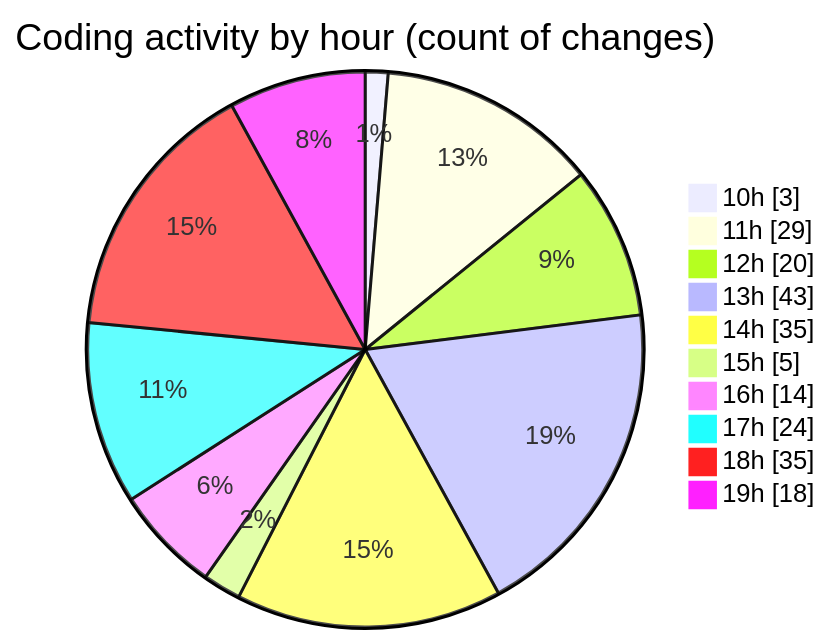
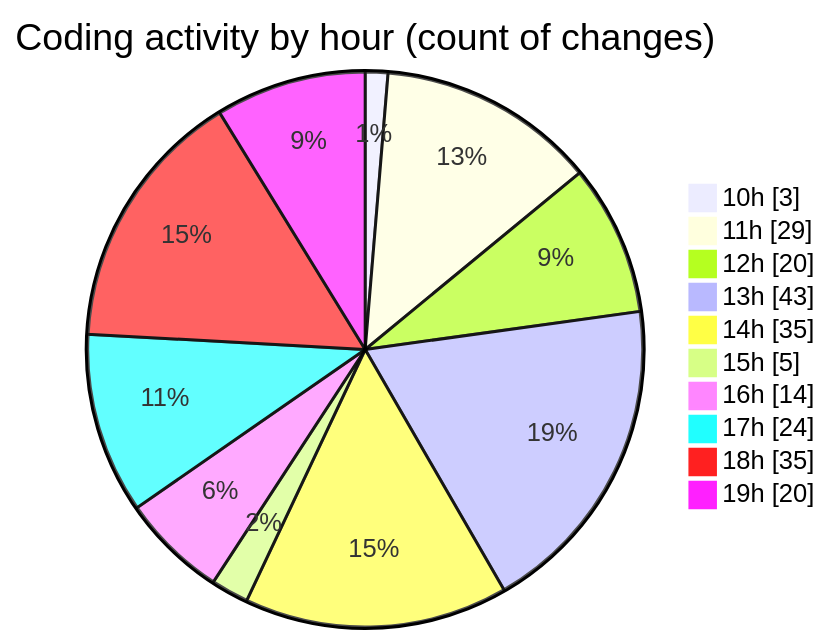
The second of 2 diagrams in 2025-08-14/ribbon/README.md (EIIisD/code-tracking), drawn with Mermaid before and after one commit. The commit also changed other lines of this file and 1 other file, not shown here.

````diff
--- a/2025-08-14/ribbon/README.md
+++ b/2025-08-14/ribbon/README.md
@@ -45,14 +45,14 @@
 ```mermaid
 pie showData
 title Coding activity by hour (count of changes)
 "10h" : 3
 "11h" : 29
 "12h" : 20
 "13h" : 43
 "14h" : 35
 "15h" : 5
 "16h" : 14
 "17h" : 24
 "18h" : 35
-"19h" : 18
+"19h" : 20
 ```
````
